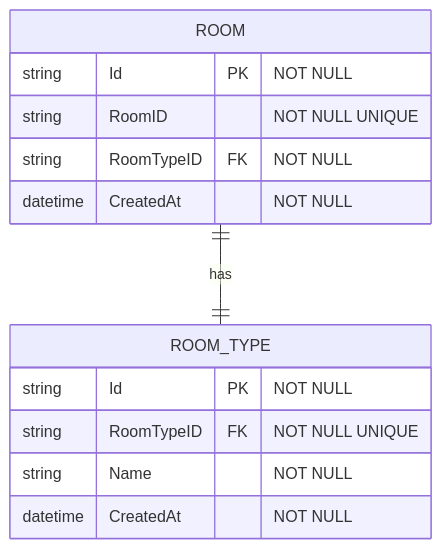
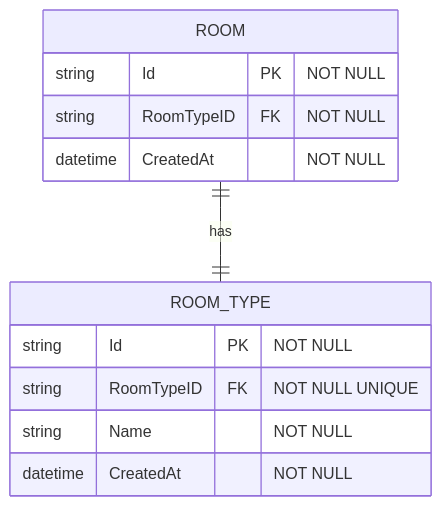
Before and after one commit to REW1L/munch-helper: the first of 3 diagrams in docs/descriptions/MunchHelper/Backend Services/Room Management.md, drawn with Mermaid. The commit also changed other lines of this file and 12 other files, not shown here.

````diff
--- a/docs/descriptions/MunchHelper/Backend Services/Room Management.md
+++ b/docs/descriptions/MunchHelper/Backend Services/Room Management.md
@@ -6,16 +6,15 @@
 ```mermaid
 erDiagram
     ROOM {
         string Id PK "NOT NULL"
-        string RoomID "NOT NULL UNIQUE"
         string RoomTypeID FK "NOT NULL"
         datetime CreatedAt "NOT NULL"
     }
     ROOM_TYPE {
         string Id PK "NOT NULL"
         string RoomTypeID FK "NOT NULL UNIQUE"
         string Name "NOT NULL"
         datetime CreatedAt "NOT NULL"
     }
     ROOM ||--|| ROOM_TYPE : has
 ```
````
